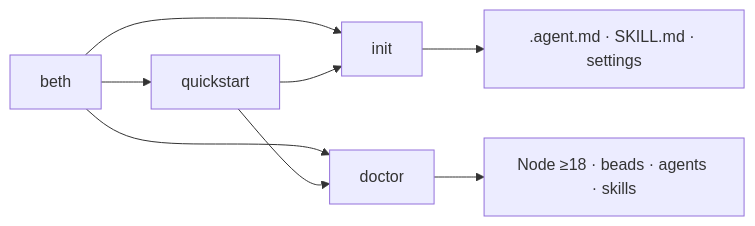
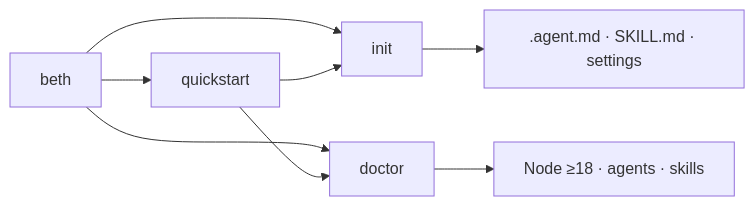
Before and after one commit to shyamsridhar123/ATV-AgentSkillsDemo: the fifth of 7 diagrams in README.md, drawn with Mermaid. The commit also changed other lines of this file and 17 other files, not shown here.

````diff
--- a/README.md
+++ b/README.md
@@ -328,9 +327,9 @@
 ```mermaid
 flowchart LR
     CLI["beth"] --> Init["init"]
     CLI --> Doctor["doctor"]
     CLI --> QS["quickstart"]
     Init --> Templates[".agent.md · SKILL.md · settings"]
-    Doctor --> Checks["Node ≥18 · beads · agents · skills"]
+    Doctor --> Checks["Node ≥18 · agents · skills"]
     QS --> Init & Doctor
 ```
````
